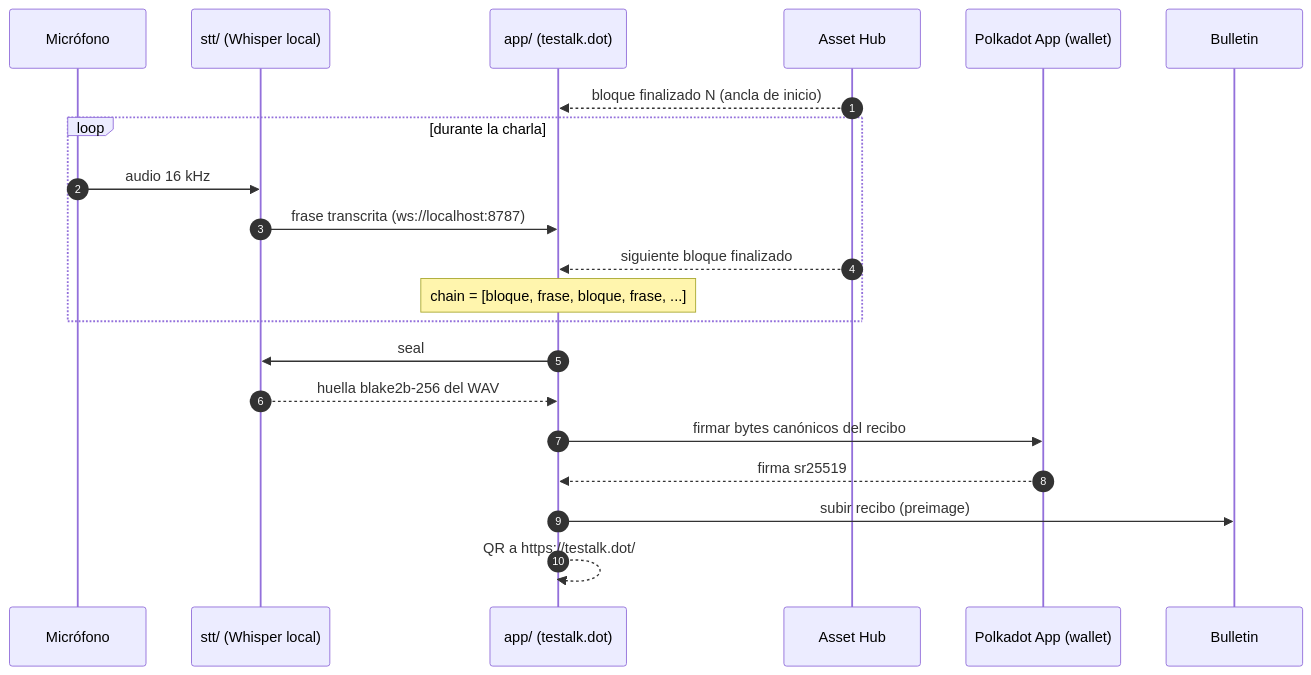
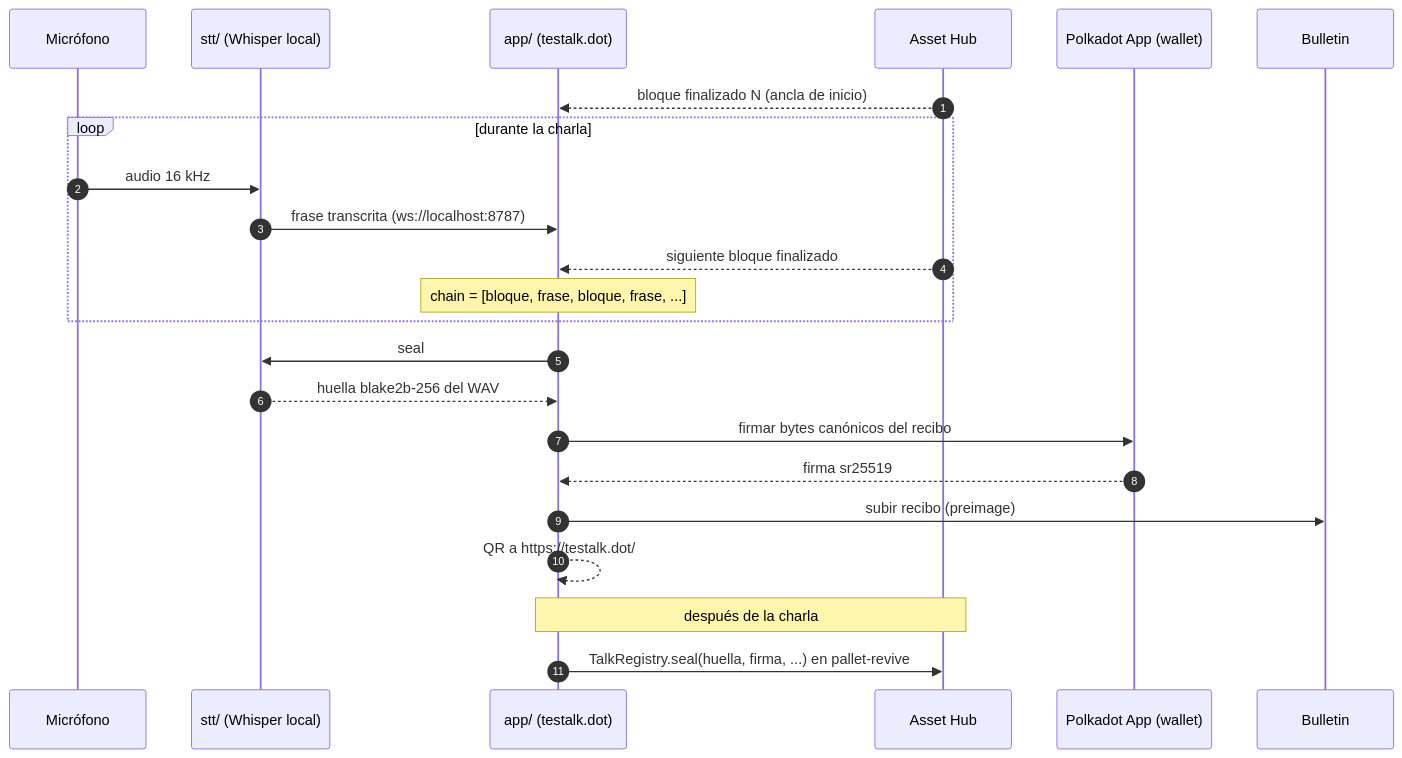
Before and after one commit to w3nerick/testalk: the diagram in README.md, drawn with Mermaid. The commit also changed other lines of this file and 16 other files, not shown here.

First line of the commit message:
TalkRegistry desplegado en pallet-revive y conectado a los verificadores

````diff
--- a/README.md
+++ b/README.md
@@ -66,24 +67,26 @@
 ```mermaid
 sequenceDiagram
     autonumber
     participant M as Micrófono
     participant S as stt/ (Whisper local)
     participant A as app/ (testalk.dot)
     participant H as Asset Hub
     participant W as Polkadot App (wallet)
     participant B as Bulletin
 
     H-->>A: bloque finalizado N (ancla de inicio)
     loop durante la charla
         M->>S: audio 16 kHz
         S->>A: frase transcrita (ws://localhost:8787)
         H-->>A: siguiente bloque finalizado
         Note over A: chain = [bloque, frase, bloque, frase, ...]
     end
     A->>S: seal
     S-->>A: huella blake2b-256 del WAV
     A->>W: firmar bytes canónicos del recibo
     W-->>A: firma sr25519
     A->>B: subir recibo (preimage)
     A-->>A: QR a https://testalk.dot/#/<CID>
+    Note over A,H: después de la charla
+    A->>H: TalkRegistry.seal(huella, firma, ...) en pallet-revive
 ```
````
